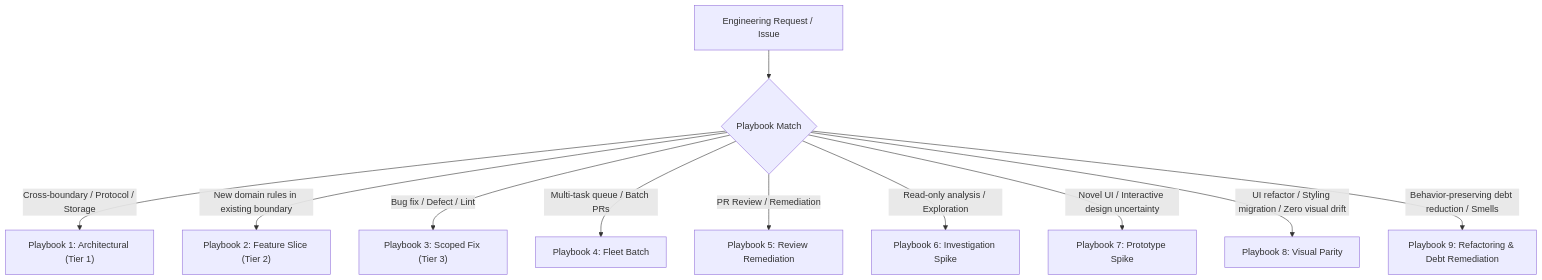
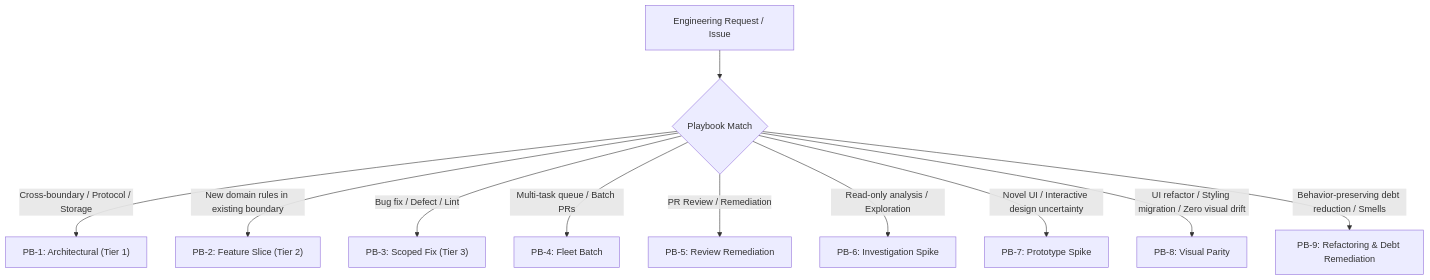
The diagram in skills/tech-lead/SKILL.md (sirius-cc-wu/sirius-skills), drawn with Mermaid before and after one commit. The commit also changed other lines of this file and 12 other files, not shown here.

````diff
--- a/skills/tech-lead/SKILL.md
+++ b/skills/tech-lead/SKILL.md
@@ -47,13 +47,13 @@
 ```mermaid
 flowchart TD
     Prompt["Engineering Request / Issue"] --> Triage{"Playbook Match"}
-    Triage -->|Cross-boundary / Protocol / Storage| PB1["Playbook 1: Architectural (Tier 1)"]
-    Triage -->|New domain rules in existing boundary| PB2["Playbook 2: Feature Slice (Tier 2)"]
-    Triage -->|Bug fix / Defect / Lint| PB3["Playbook 3: Scoped Fix (Tier 3)"]
-    Triage -->|Multi-task queue / Batch PRs| PB4["Playbook 4: Fleet Batch"]
-    Triage -->|PR Review / Remediation| PB5["Playbook 5: Review Remediation"]
-    Triage -->|Read-only analysis / Exploration| PB6["Playbook 6: Investigation Spike"]
-    Triage -->|Novel UI / Interactive design uncertainty| PB7["Playbook 7: Prototype Spike"]
-    Triage -->|UI refactor / Styling migration / Zero visual drift| PB8["Playbook 8: Visual Parity"]
-    Triage -->|Behavior-preserving debt reduction / Smells| PB9["Playbook 9: Refactoring & Debt Remediation"]
+    Triage -->|Cross-boundary / Protocol / Storage| PB1["PB-1: Architectural (Tier 1)"]
+    Triage -->|New domain rules in existing boundary| PB2["PB-2: Feature Slice (Tier 2)"]
+    Triage -->|Bug fix / Defect / Lint| PB3["PB-3: Scoped Fix (Tier 3)"]
+    Triage -->|Multi-task queue / Batch PRs| PB4["PB-4: Fleet Batch"]
+    Triage -->|PR Review / Remediation| PB5["PB-5: Review Remediation"]
+    Triage -->|Read-only analysis / Exploration| PB6["PB-6: Investigation Spike"]
+    Triage -->|Novel UI / Interactive design uncertainty| PB7["PB-7: Prototype Spike"]
+    Triage -->|UI refactor / Styling migration / Zero visual drift| PB8["PB-8: Visual Parity"]
+    Triage -->|Behavior-preserving debt reduction / Smells| PB9["PB-9: Refactoring & Debt Remediation"]
 ```
````
